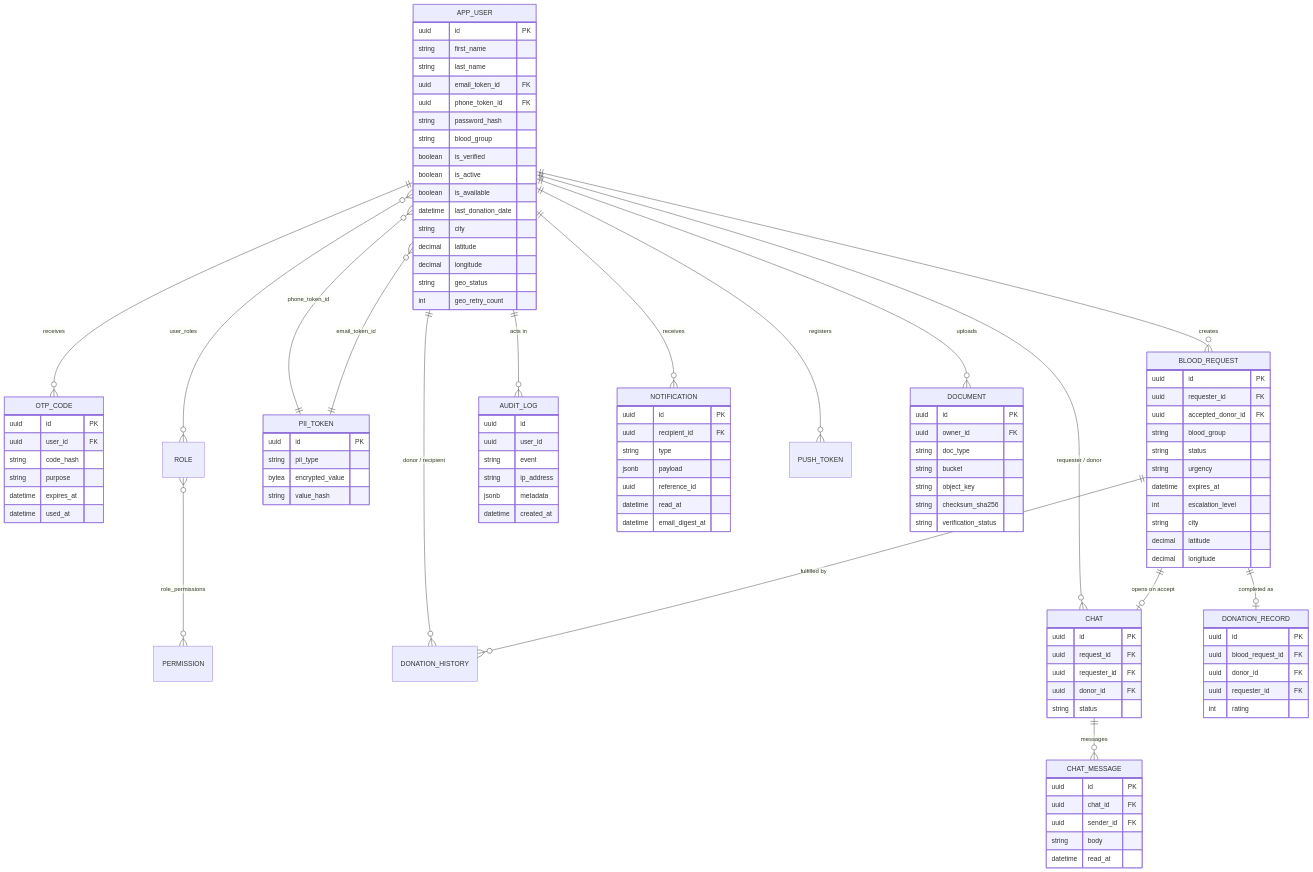
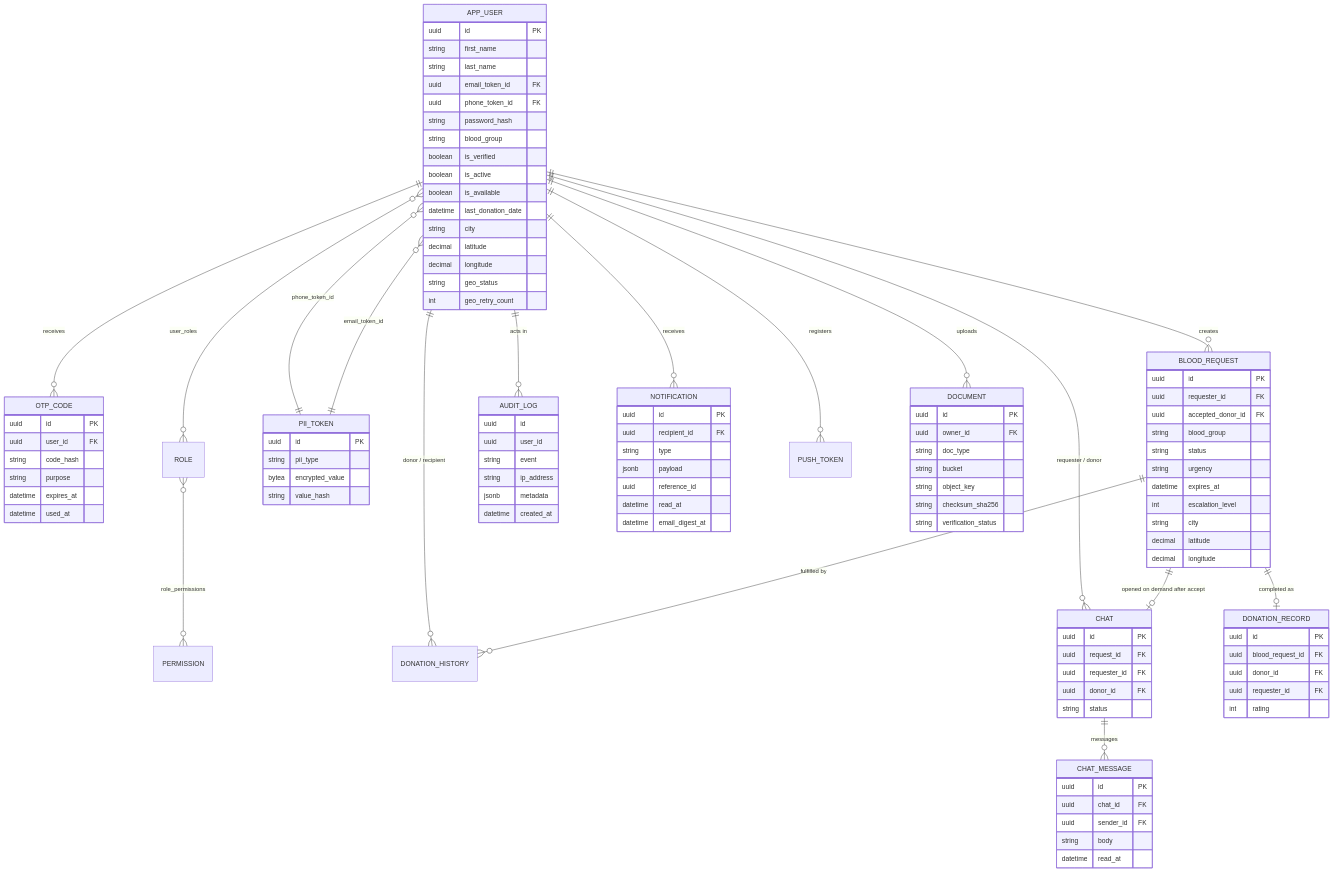
The fourth of 15 diagrams in docs/architecture.md (ADS77/Blood-Donor-Finder), drawn with Mermaid before and after one commit. The commit also changed other lines of this file, not shown here.

Commit message:
docs(request): document on-demand chat flow

```diff
--- a/docs/architecture.md
+++ b/docs/architecture.md
@@ -171,7 +171,7 @@
     BLOOD_REQUEST ||--o{ DONATION_HISTORY : "fulfilled by"
     APP_USER ||--o{ DONATION_HISTORY : "donor / recipient"
     APP_USER ||--o{ AUDIT_LOG : "acts in"
-    BLOOD_REQUEST ||--o| CHAT : "opens on accept"
+    BLOOD_REQUEST ||--o| CHAT : "opened on demand after accept"
     APP_USER ||--o{ CHAT : "requester / donor"
     CHAT ||--o{ CHAT_MESSAGE : "messages"
     BLOOD_REQUEST ||--o| DONATION_RECORD : "completed as"
```
